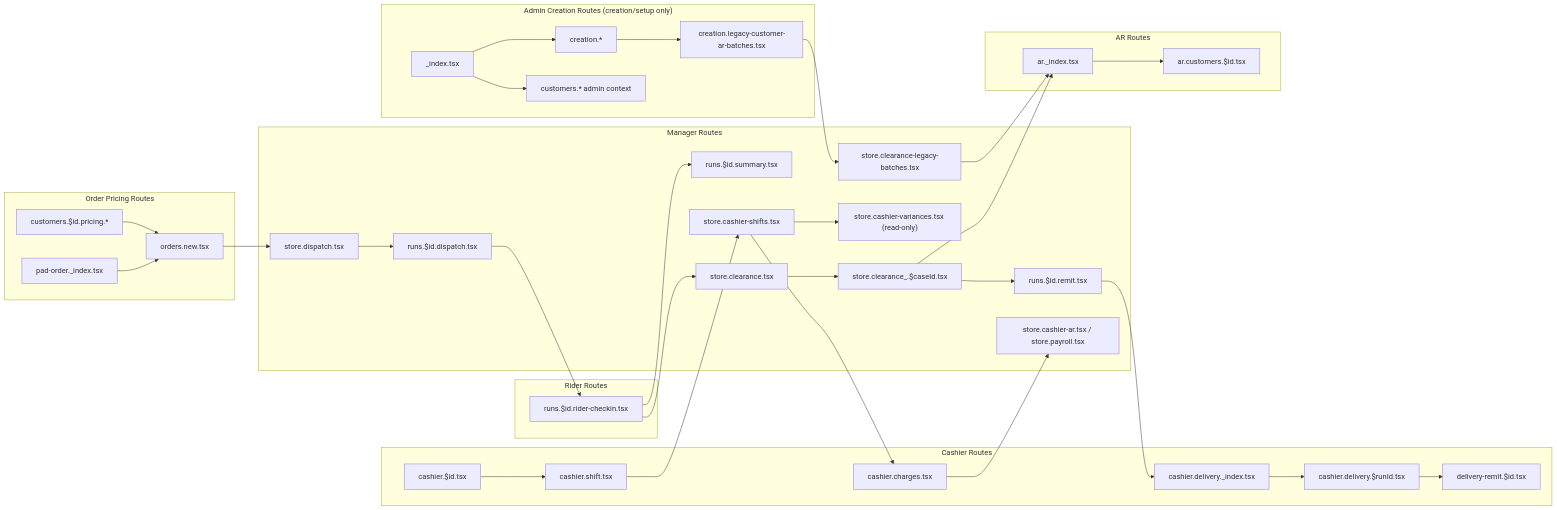
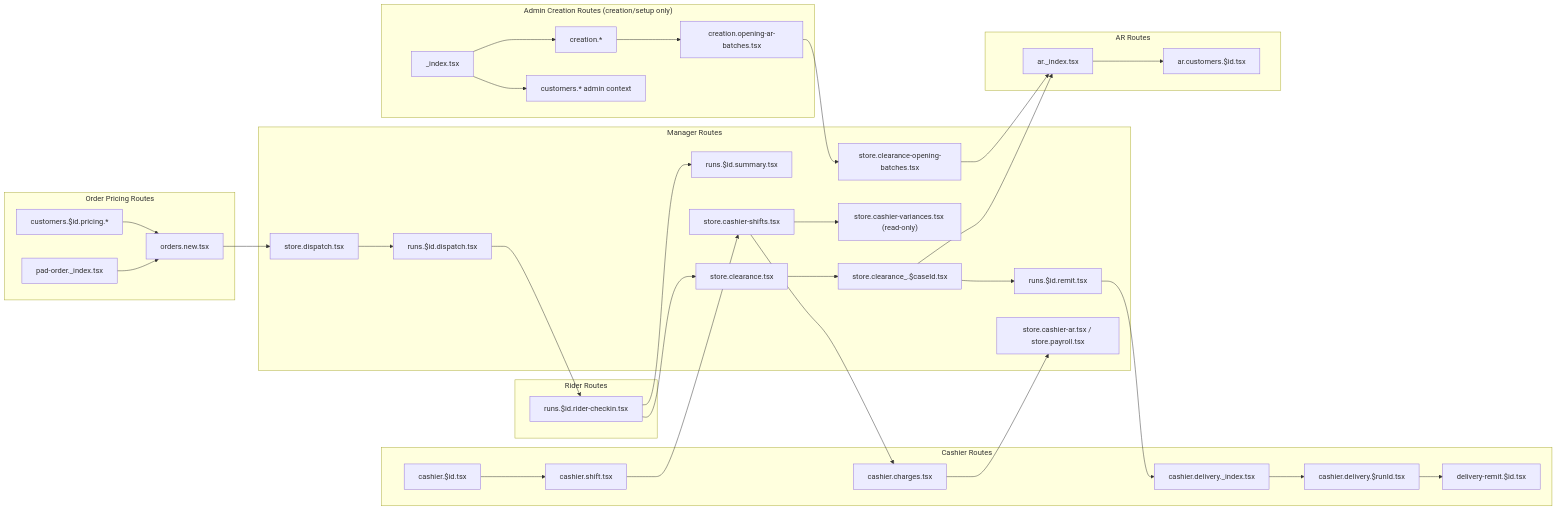
The fourth of 5 diagrams in docs/guide/DIAGRAMS_DELIVERY_CSS_AR.md (helloword214/zmstore-pos), drawn with Mermaid before and after one commit. The commit also changed other lines of this file and 10 other files, not shown here.

Commit message:
refactor(clearance-ar): hard rename batch flow to opening balance

````diff
--- a/docs/guide/DIAGRAMS_DELIVERY_CSS_AR.md
+++ b/docs/guide/DIAGRAMS_DELIVERY_CSS_AR.md
@@ -97,59 +97,59 @@
 ```mermaid
 flowchart LR
     subgraph Admin["Admin Creation Routes (creation/setup only)"]
         AD0["_index.tsx"]
         AD1["creation.*"]
         AD2["customers.* admin context"]
-        AD3["creation.legacy-customer-ar-batches.tsx"]
+        AD3["creation.opening-ar-batches.tsx"]
     end
 
     subgraph POS["Order Pricing Routes"]
         P0["pad-order._index.tsx"]
         P1["orders.new.tsx"]
         P2["customers.$id.pricing.*"]
     end
 
     subgraph Manager["Manager Routes"]
         M0["store.dispatch.tsx"]
         M1["runs.$id.dispatch.tsx"]
         M2["runs.$id.summary.tsx"]
         M3["store.clearance.tsx"]
         M4["store.clearance_.$caseId.tsx"]
         M5["runs.$id.remit.tsx"]
         M6["store.cashier-shifts.tsx"]
         M7["store.cashier-variances.tsx (read-only)"]
         M8["store.cashier-ar.tsx / store.payroll.tsx"]
-        M9["store.clearance-legacy-batches.tsx"]
+        M9["store.clearance-opening-batches.tsx"]
     end
 
     subgraph Rider["Rider Routes"]
         R1["runs.$id.rider-checkin.tsx"]
     end
 
     subgraph Cashier["Cashier Routes"]
         C1["cashier.delivery._index.tsx"]
         C2["cashier.delivery.$runId.tsx"]
         C3["delivery-remit.$id.tsx"]
         C4["cashier.$id.tsx"]
         C5["cashier.shift.tsx"]
         C6["cashier.charges.tsx"]
     end
 
     subgraph AR["AR Routes"]
         A1["ar._index.tsx"]
         A2["ar.customers.$id.tsx"]
     end
 
     AD0 --> AD1
     AD0 --> AD2
     AD1 --> AD3 --> M9
     P0 --> P1 --> M0
     P2 --> P1
     M0 --> M1 --> R1 --> M2
     R1 --> M3 --> M4 --> M5
     M5 --> C1 --> C2 --> C3
     C4 --> C5 --> M6 --> C6 --> M8
     M6 --> M7
     M4 --> A1 --> A2
     M9 --> A1
 ```
````
